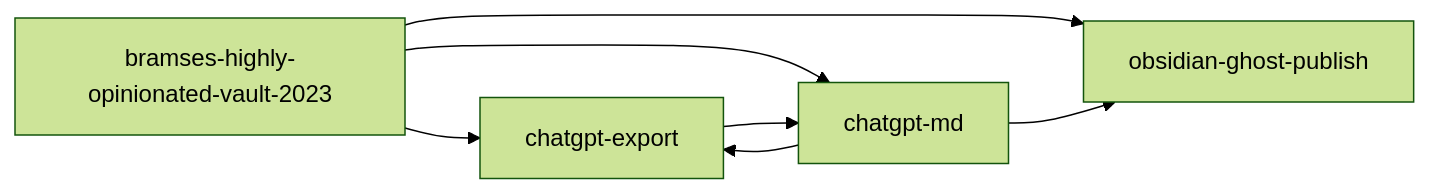
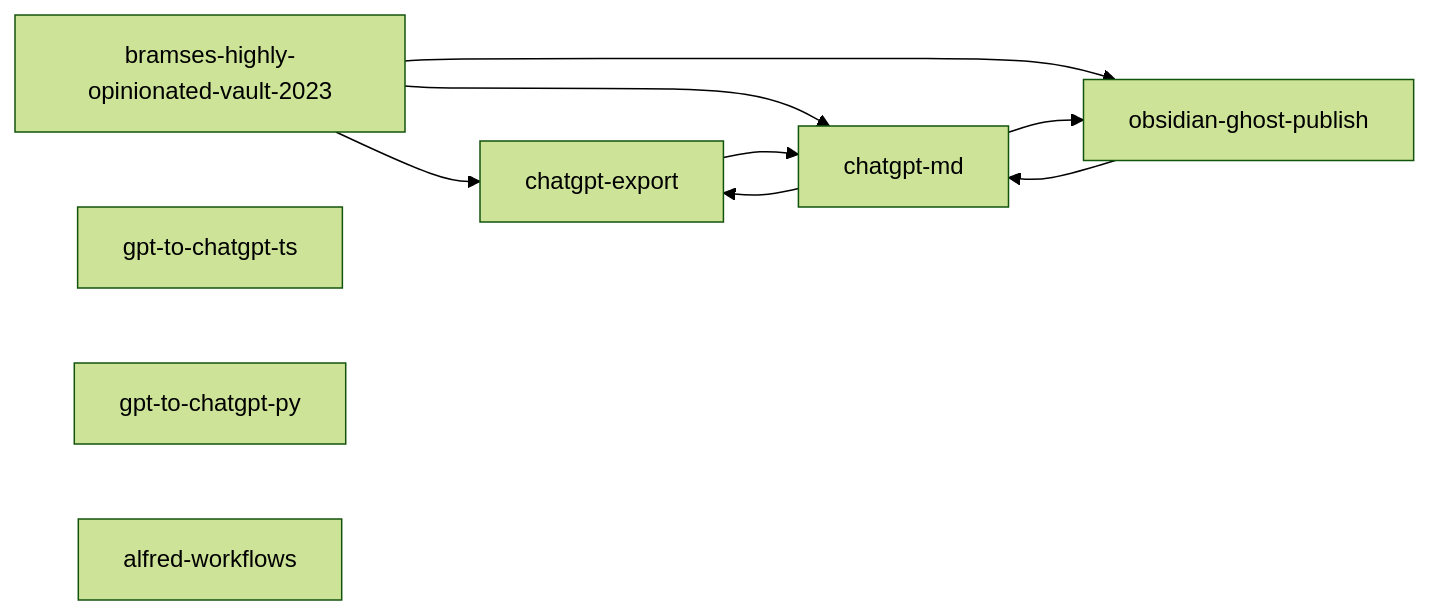
The diagram in README.md (bramses/monorepo), drawn with Mermaid (forest theme) before and after one commit. The commit also changed other lines of this file and 3 other files, not shown here.

````diff
--- a/README.md
+++ b/README.md
@@ -53,9 +55,13 @@
 ```mermaid
 graph LR
     bramses-highly-opinionated-vault-2023 --> chatgpt-export
     bramses-highly-opinionated-vault-2023 --> chatgpt-md
     bramses-highly-opinionated-vault-2023 --> obsidian-ghost-publish
     chatgpt-export --> chatgpt-md
     chatgpt-md --> chatgpt-export
     chatgpt-md --> obsidian-ghost-publish
+    gpt-to-chatgpt-ts
+    gpt-to-chatgpt-py
+    obsidian-ghost-publish --> chatgpt-md
+    alfred-workflows
 ```
````
